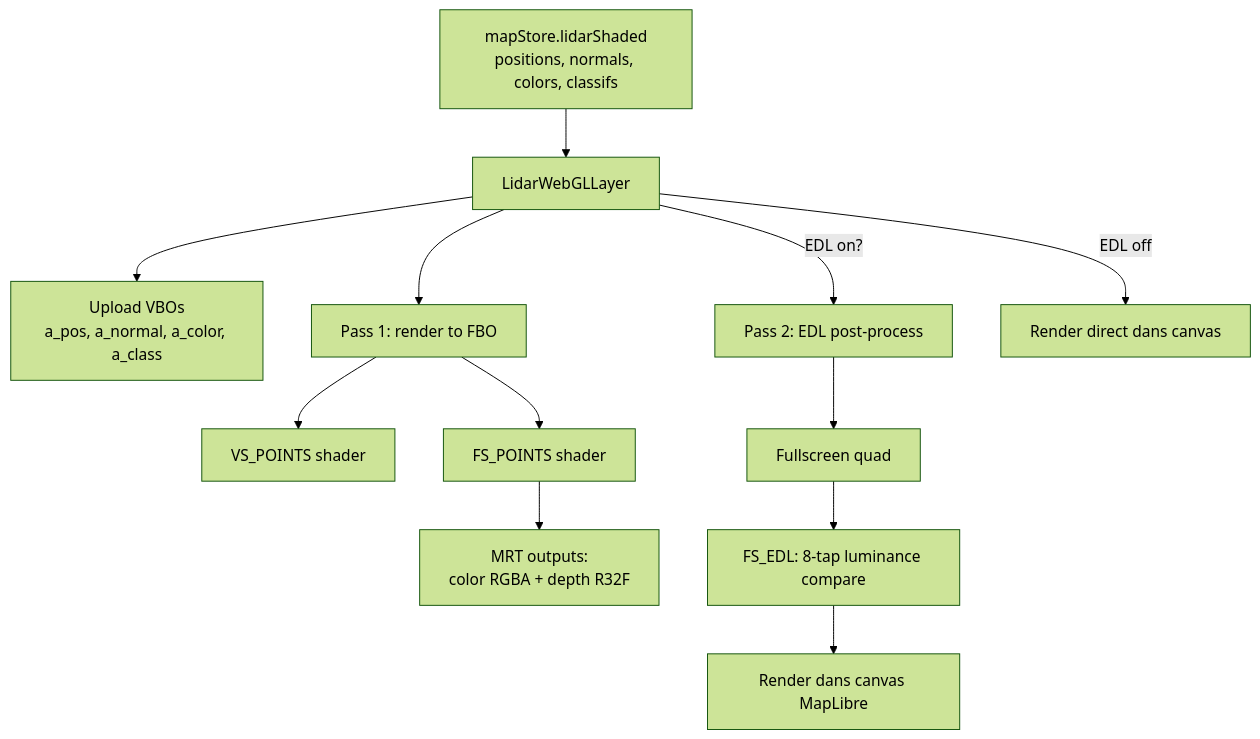
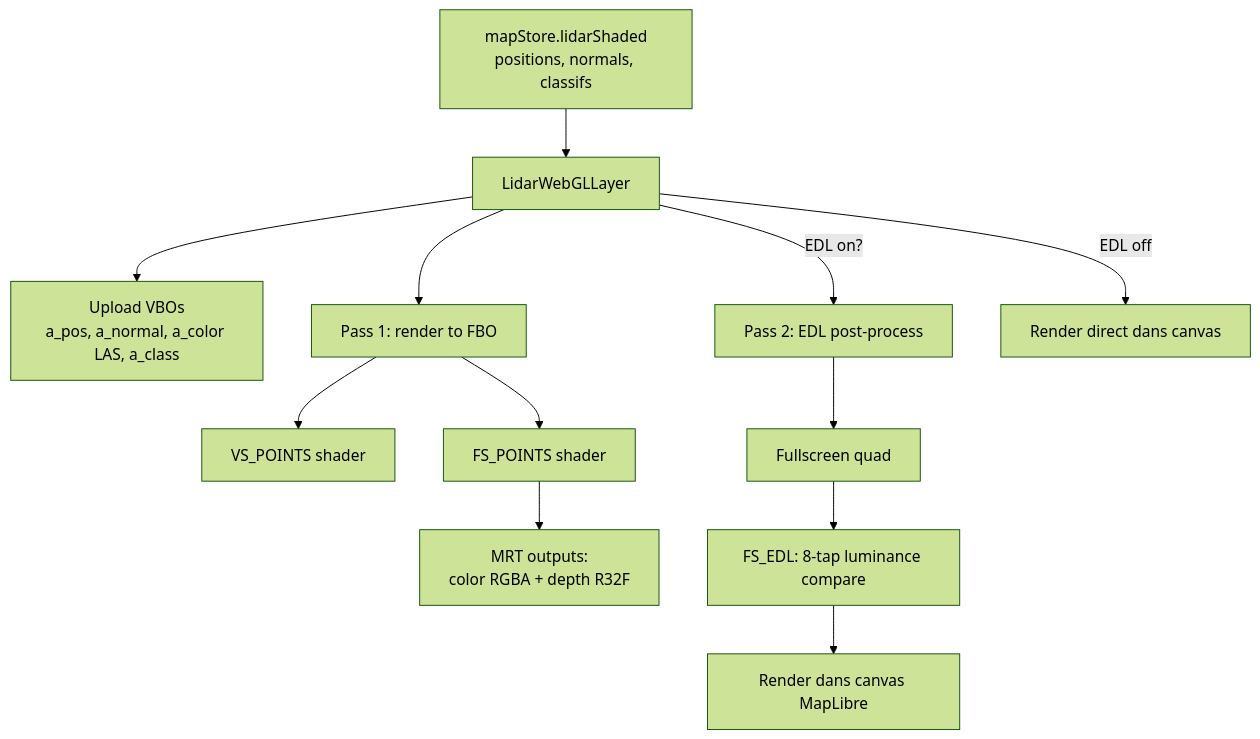
The first of 2 diagrams in docs/LIDAR_RENDERING.md (Plonk42/open-cairn), drawn with Mermaid (forest theme) before and after one commit. The commit also changed other lines of this file and 20 other files, not shown here.

````diff
--- a/docs/LIDAR_RENDERING.md
+++ b/docs/LIDAR_RENDERING.md
@@ -89,14 +89,14 @@
 ```mermaid
 flowchart TD
-    Store[mapStore.lidarShaded<br/>positions, normals, colors, classifs] --> Layer[LidarWebGLLayer]
-    Layer --> VBO[Upload VBOs<br/>a_pos, a_normal, a_color, a_class]
+    Store[mapStore.lidarShaded<br/>positions, normals, classifs] --> Layer[LidarWebGLLayer]
+    Layer --> VBO[Upload VBOs<br/>a_pos, a_normal, a_color LAS, a_class]
     Layer --> P1[Pass 1: render to FBO]
     P1 --> VS[VS_POINTS shader]
     P1 --> FS[FS_POINTS shader]
     FS --> MRT[MRT outputs:<br/>color RGBA + depth R32F]
     Layer -->|EDL on?| P2[Pass 2: EDL post-process]
     P2 --> Quad[Fullscreen quad]
     Quad --> EDL[FS_EDL: 8-tap luminance compare]
     EDL --> ML[Render dans canvas MapLibre]
     Layer -->|EDL off| Direct[Render direct dans canvas]
 ```
````
